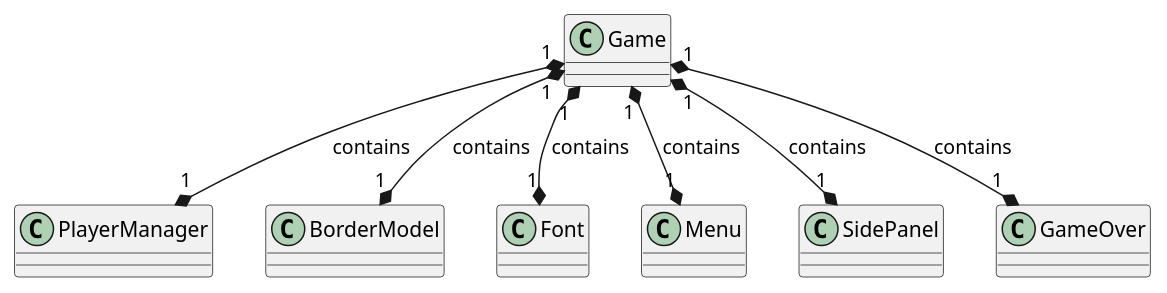
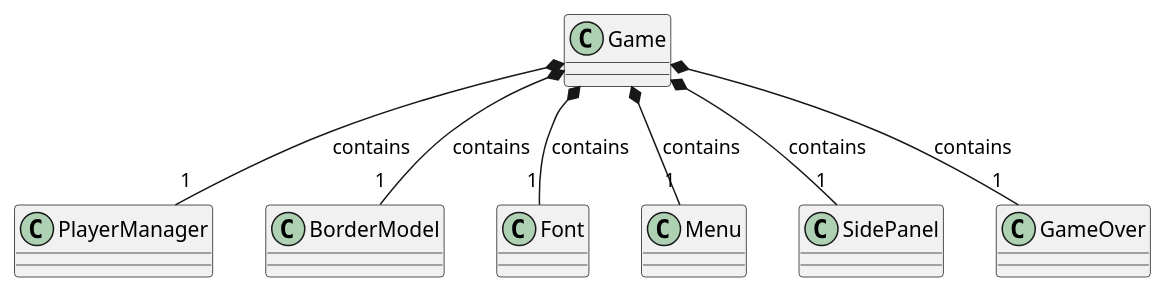
The diagram in docs/uml/game.plantuml (hvlds/kurve), drawn with PlantUML before and after one commit. The commit also changed 8 other files, not shown here.

```diff
--- a/docs/uml/game.plantuml
+++ b/docs/uml/game.plantuml
@@ -1,42 +1,42 @@
 @startuml UML
 
-Game "1" *--* "1" PlayerManager : contains
-Game "1" *--* "1" BorderModel : contains
-Game "1" *--* "1" Font : contains
-Game "1" *--* "1" Menu : contains
-Game "1" *--* "1" SidePanel : contains
-Game "1" *--* "1" GameOver : contains
+Game *-- "1" PlayerManager : contains
+Game *-- "1" BorderModel : contains
+Game *-- "1" Font : contains
+Game *-- "1" Menu : contains
+Game *-- "1" SidePanel : contains
+Game *-- "1" GameOver : contains
 
 class Game {
  
 
 } 
 
 class BorderModel {
 
 }
 
 class PlayerManager {
  
 }
 
 'SidePanel "1" *--* "1" Font : contains
 class SidePanel {
 
 }
 
 'Menu "1" *--* "1" Font : contains
 class Menu {
 
 }
 
 class Font {
 
 }
 
 'GameOver "1" *--* "1" Font : contains
 class GameOver {
 
 }
 
 @enduml
```
